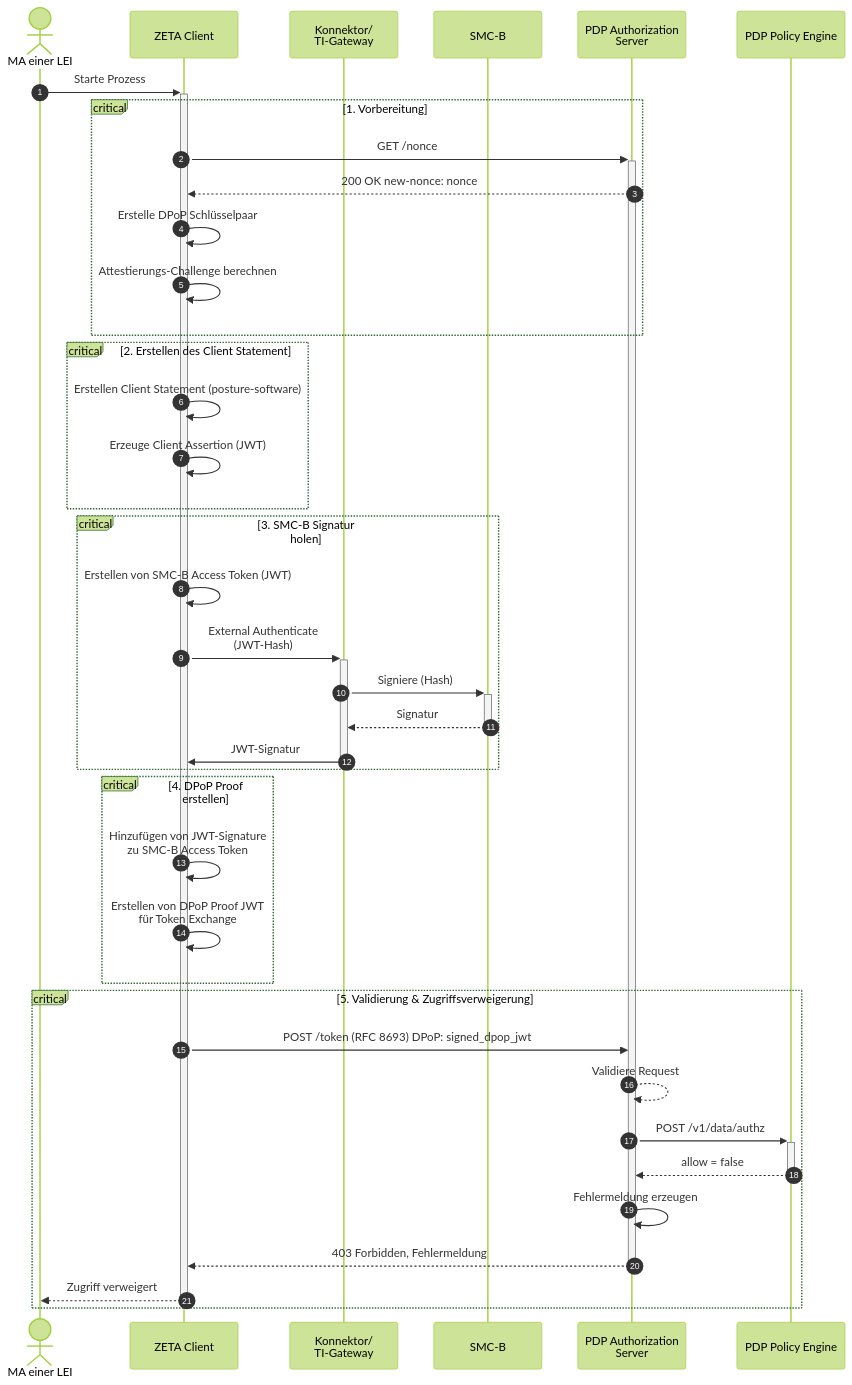
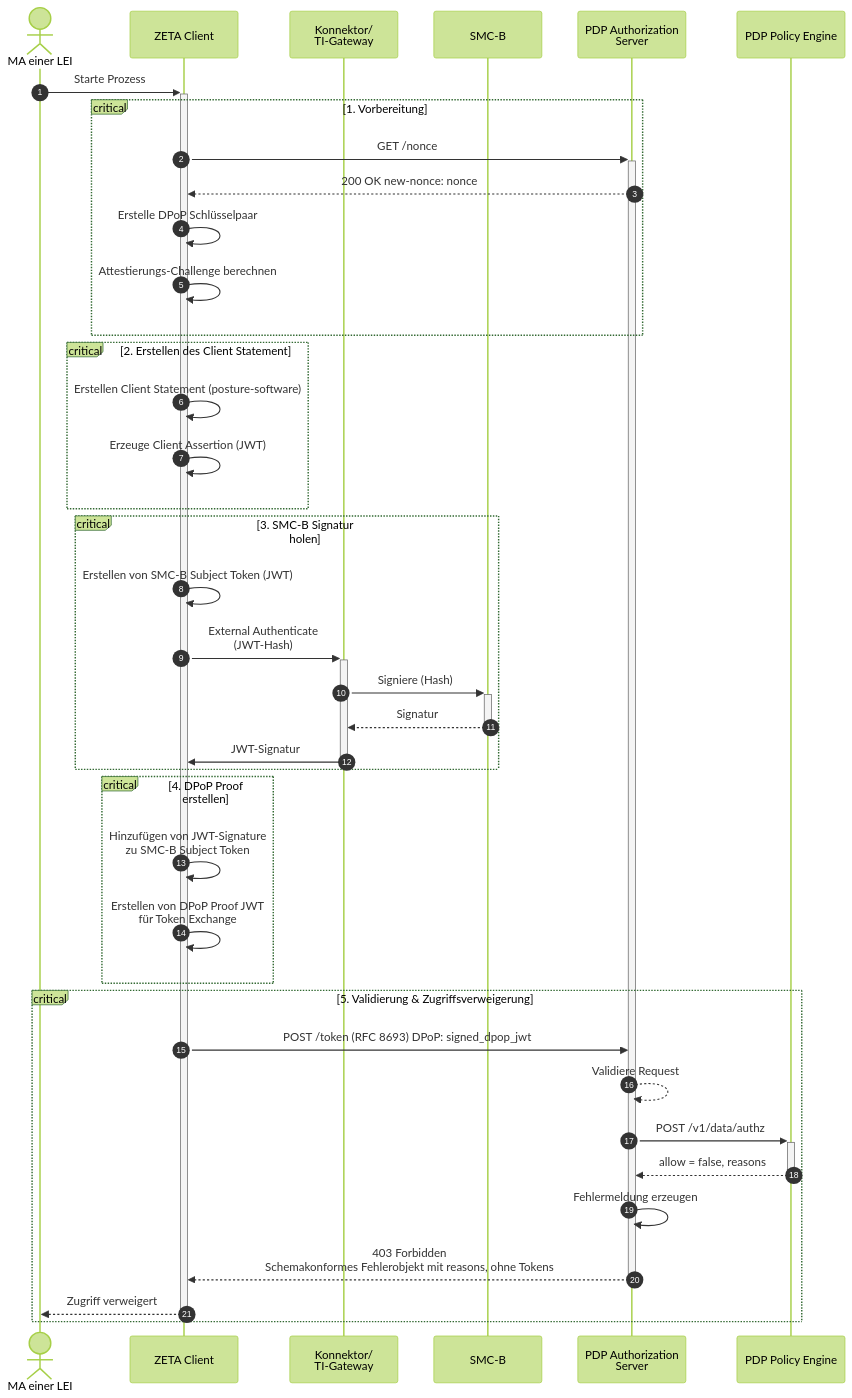
Before and after one commit to gematik/zeta-tiger-testsuite: the diagram in src/test/resources/features/UserStory_01/UseCase_09/readme.adoc, drawn with Mermaid (forest theme). The commit also changed other lines of this file and 1706 other files, not shown here.

```diff
--- a/src/test/resources/features/UserStory_01/UseCase_09/readme.adoc
+++ b/src/test/resources/features/UserStory_01/UseCase_09/readme.adoc
@@ -173,49 +176,49 @@
 [mermaid,usecase-01-09-sequence,svg]
 ....
 sequenceDiagram
     autonumber
 
     actor MA as MA einer LEI
     participant ZC as ZETA Client
     participant KTG as Konnektor/<br>TI-Gateway
     participant SMC as SMC-B
     participant PDP-AS as PDP Authorization<br>Server
     participant PDP-PE as PDP Policy Engine
 
     MA->>+ZC: Starte Prozess
 
     critical 1. Vorbereitung
         ZC->>+PDP-AS: GET /nonce
         PDP-AS-->>ZC: 200 OK new-nonce: nonce
         ZC->>ZC: Erstelle DPoP Schlüsselpaar
         ZC->>ZC: Attestierungs-Challenge berechnen
     end
 
     critical 2. Erstellen des Client Statement
         ZC->>ZC: Erstellen Client Statement (posture-software)
         ZC->>ZC: Erzeuge Client Assertion (JWT)
     end
 
     critical 3. SMC-B Signatur holen
-        ZC->>ZC: Erstellen von SMC-B Access Token (JWT)
+        ZC->>ZC: Erstellen von SMC-B Subject Token (JWT)
         ZC->>+KTG: External Authenticate<br>(JWT-Hash)
         KTG->>+SMC: Signiere (Hash)
         SMC-->>-KTG: Signatur
         KTG->>-ZC: JWT-Signatur
     end
 
     critical 4. DPoP Proof erstellen
-        ZC->>ZC: Hinzufügen von JWT-Signature<br>zu SMC-B Access Token
+        ZC->>ZC: Hinzufügen von JWT-Signature<br>zu SMC-B Subject Token
         ZC->>ZC: Erstellen von DPoP Proof JWT<br>für Token Exchange
     end
 
     critical 5. Validierung & Zugriffsverweigerung
         ZC->>PDP-AS: POST /token (RFC 8693) DPoP: signed_dpop_jwt
         PDP-AS-->>PDP-AS: Validiere Request
         PDP-AS->>+PDP-PE: POST /v1/data/authz
-        PDP-PE-->>-PDP-AS: allow = false
+        PDP-PE-->>-PDP-AS: allow = false, reasons
         PDP-AS->>PDP-AS: Fehlermeldung erzeugen
-        PDP-AS-->>-ZC: 403 Forbidden, Fehlermeldung
+        PDP-AS-->>-ZC: 403 Forbidden<br>Schemakonformes Fehlerobjekt mit reasons, ohne Tokens
         ZC-->>-MA: Zugriff verweigert
     end
 ....
```
